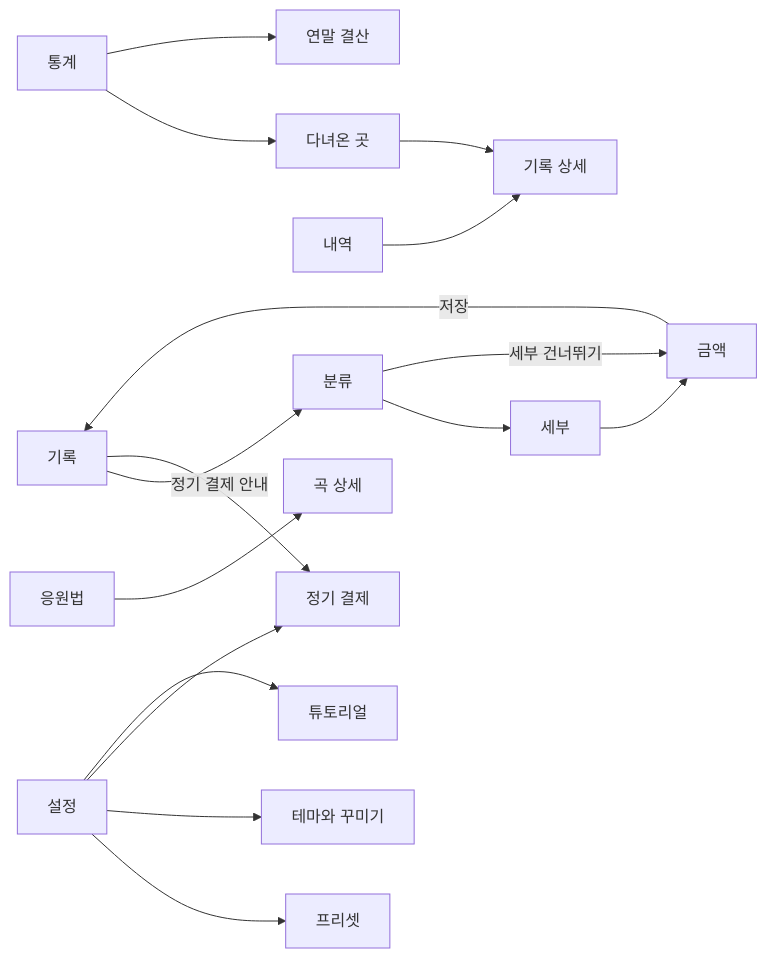
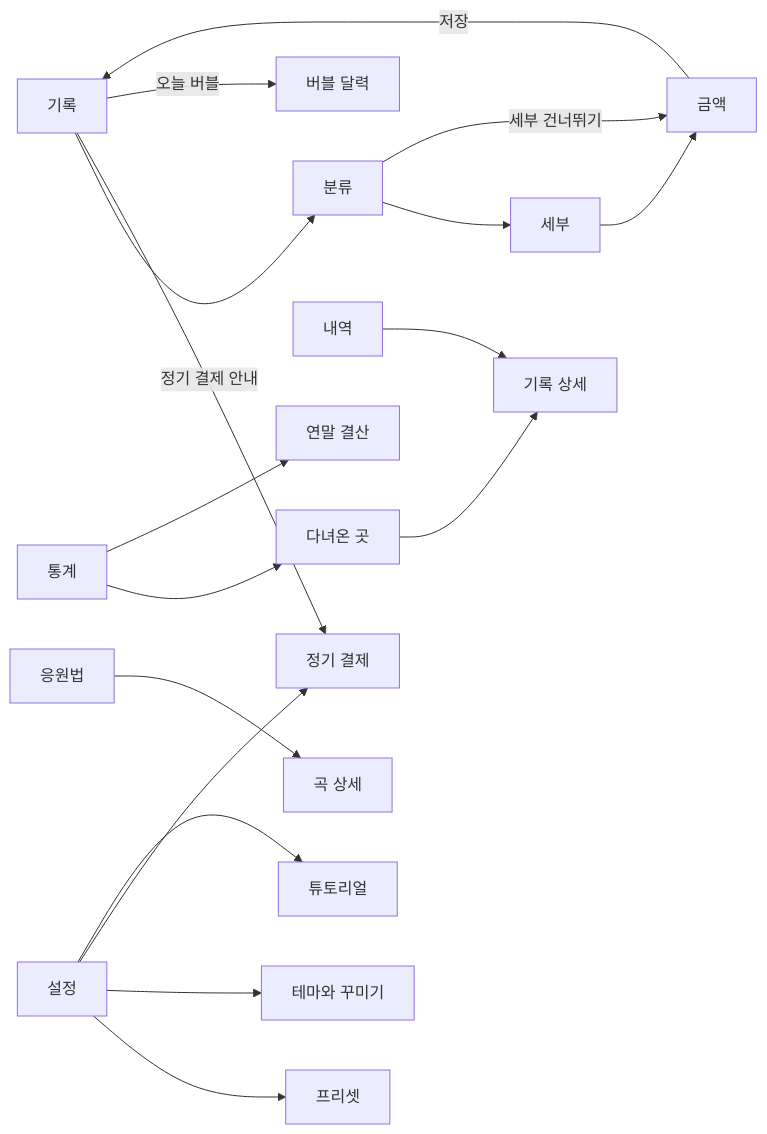
Before and after one commit to sansoll/my-favorites: the second of 2 diagrams in STORYBOARD.md, drawn with Mermaid. The commit also changed other lines of this file and 2 other files, not shown here.

````diff
--- a/STORYBOARD.md
+++ b/STORYBOARD.md
@@ -44,16 +44,17 @@
 ```mermaid
 flowchart LR
     기록 --> 분류 --> 세부 --> 금액
     분류 -- 세부 건너뛰기 --> 금액
     금액 -- 저장 --> 기록
     기록 -- 정기 결제 안내 --> 정기결제[정기 결제]
+    기록 -- 오늘 버블 --> 버블[버블 달력]
     내역 --> 상세[기록 상세]
     통계 --> 다녀온곳[다녀온 곳]
     통계 --> 결산[연말 결산]
     다녀온곳 --> 상세
     응원법 --> 곡[곡 상세]
     설정 --> 프리셋
     설정 --> 테마[테마와 꾸미기]
     설정 --> 정기결제
     설정 --> 튜토리얼
 ```
````
